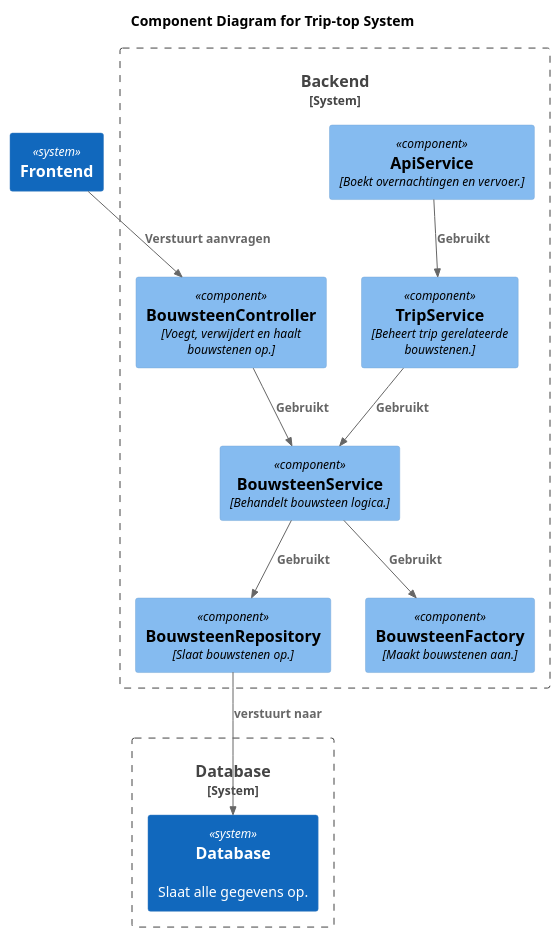
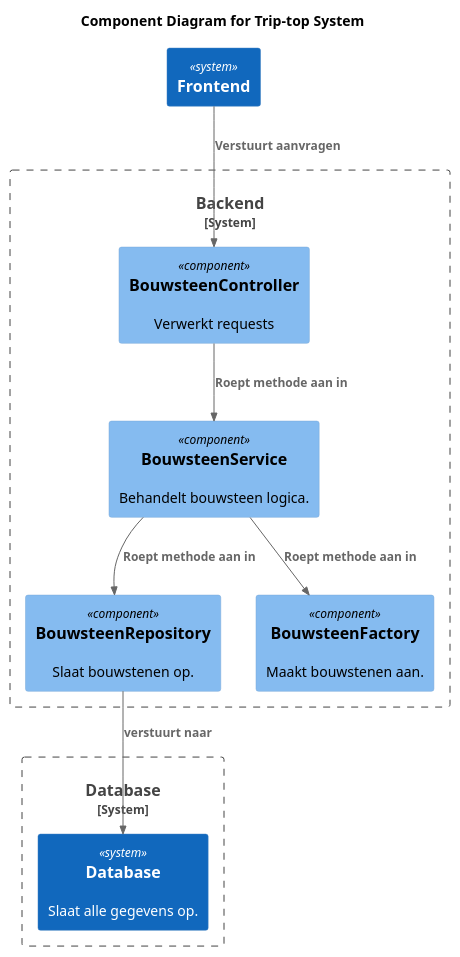
The diagram in Bartu/Onderzoek/componentDiagramOnderzoek.puml (AIM-ENE-feb25/triptop-dravende-dikdiks), drawn with PlantUML before and after one commit. The commit also changed 2 other files, not shown here.

Commit message:
up to date component

```diff
--- a/Bartu/Onderzoek/componentDiagramOnderzoek.puml
+++ b/Bartu/Onderzoek/componentDiagramOnderzoek.puml
@@ -1,28 +1,24 @@
 @startuml
 !include https://raw.githubusercontent.com/plantuml-stdlib/C4-PlantUML/master/C4_Component.puml
 
 title Component Diagram for Trip-top System
 
 System("Frontend", "Frontend", "")
 
 System_Boundary("backend", "Backend") {
-    Component("BouwsteenController", "BouwsteenController", "Voegt, verwijdert en haalt bouwstenen op.")
-    Component("BouwsteenService", "BouwsteenService", "Behandelt bouwsteen logica.")
-    Component("BouwsteenRepository", "BouwsteenRepository", "Slaat bouwstenen op.")
-    Component("BouwsteenFactory", "BouwsteenFactory", "Maakt bouwstenen aan.")
-    Component("TripService", "TripService", "Beheert trip gerelateerde bouwstenen.")
-    Component("ApiService", "ApiService", "Boekt overnachtingen en vervoer.")
+    Component("BouwsteenController", "BouwsteenController", "","Verwerkt requests")
+    Component("BouwsteenService", "BouwsteenService", "", "Behandelt bouwsteen logica.")
+    Component("BouwsteenRepository", "BouwsteenRepository", "", "Slaat bouwstenen op.")
+    Component("BouwsteenFactory", "BouwsteenFactory", "", "Maakt bouwstenen aan.")
 }
 
 System_Boundary("database", "Database") {
     System("Database", "Database", "Slaat alle gegevens op.")
 }
 
 Rel("Frontend", "BouwsteenController", "Verstuurt aanvragen")
-Rel("BouwsteenController", "BouwsteenService", "Gebruikt")
-Rel("BouwsteenService", "BouwsteenRepository", "Gebruikt")
-Rel("BouwsteenService", "BouwsteenFactory", "Gebruikt")
-Rel("TripService", "BouwsteenService", "Gebruikt")
-Rel("ApiService", "TripService", "Gebruikt")
+Rel("BouwsteenController", "BouwsteenService", "Roept methode aan in")
+Rel("BouwsteenService", "BouwsteenRepository", "Roept methode aan in")
+Rel("BouwsteenService", "BouwsteenFactory", "Roept methode aan in")
 Rel("BouwsteenRepository", "Database", "verstuurt naar")
 @enduml
```
